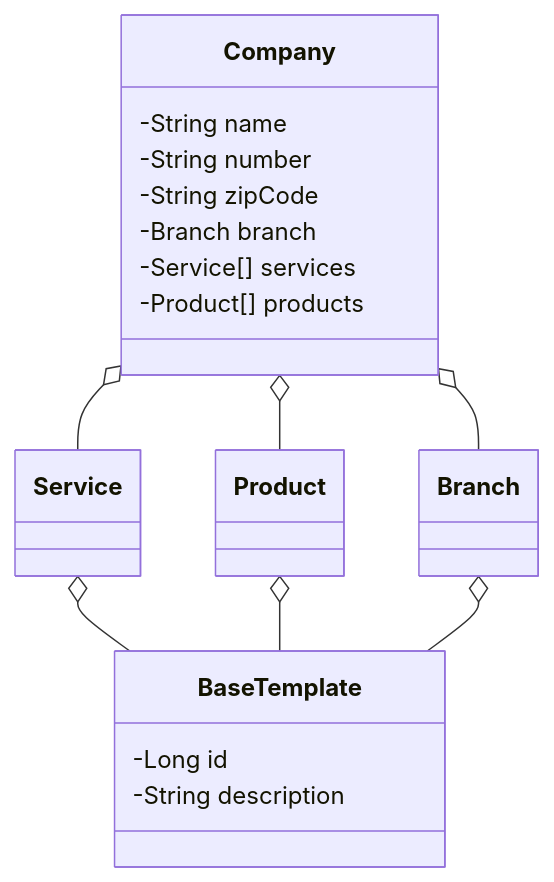
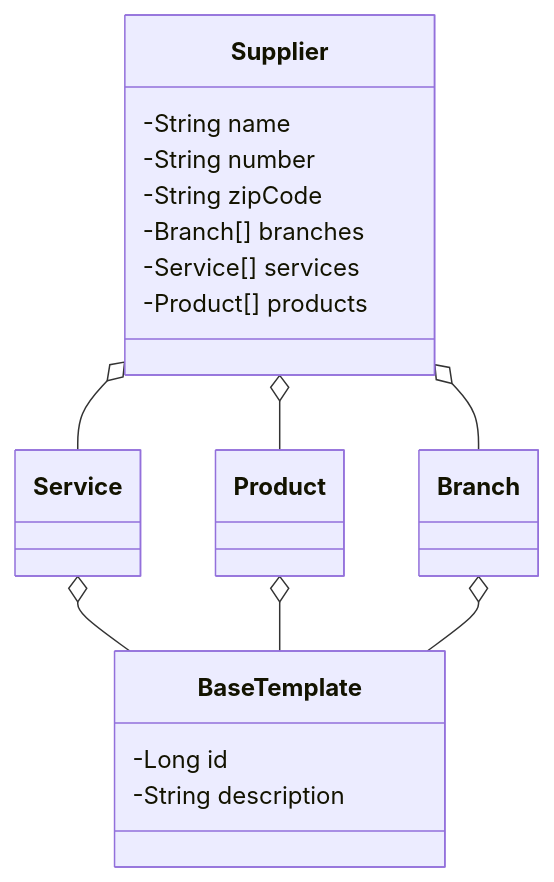
Before and after one commit to pablof9610/dio-santander-supplier-api: the diagram in README.md, drawn with Mermaid.

Commit message:
update supplier structure

````diff
--- a/README.md
+++ b/README.md
@@ -5,32 +5,32 @@
 ```mermaid
 classDiagram
-    class Company {
+    class Supplier {
         -String name
         -String number
         -String zipCode
-        -Branch branch
+        -Branch[] branches
         -Service[] services
         -Product[] products
     }
 
     class BaseTemplate {
         -Long id
         -String description
     }
 
     class Service {
     }
 
     class Product {
     }
 
     class Branch {
     }
 
     Service o-- BaseTemplate
     Product o-- BaseTemplate
     Branch o-- BaseTemplate
-    Company o-- Service
-    Company o-- Product
-    Company o-- Branch
+    Supplier o-- Service
+    Supplier o-- Product
+    Supplier o-- Branch
 ```
````
